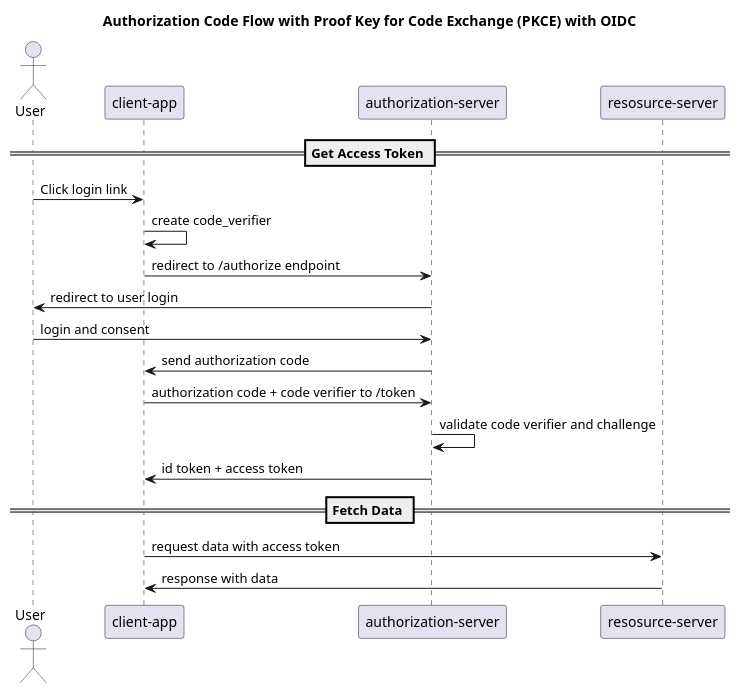
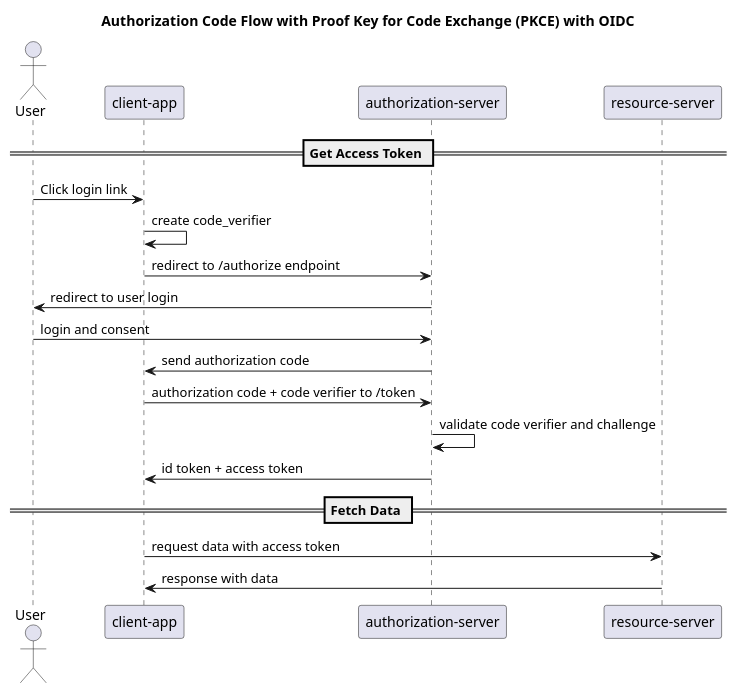
Before and after one commit to maddingo/oauth2-playground: the diagram in doc/pkce.puml, drawn with PlantUML.

```diff
--- a/doc/pkce.puml
+++ b/doc/pkce.puml
@@ -1,27 +1,27 @@
 @startuml
 'https://plantuml.com/sequence-diagram
 'https://auth0.com/docs/get-started/authentication-and-authorization-flow/authorization-code-flow-with-proof-key-for-code-exchange-pkce
 
 title Authorization Code Flow with Proof Key for Code Exchange (PKCE) with OIDC
 
 actor "User" as user
 participant "client-app" as client
 participant "authorization-server" as idp
-participant "resosurce-server" as res_srv
+participant "resource-server" as res_srv
 
 == Get Access Token ==
 user -> client: Click login link
 client -> client: create code_verifier
 client -> idp: redirect to /authorize endpoint
 idp -> user: redirect to user login
 user -> idp: login and consent
 idp -> client: send authorization code
 client -> idp: authorization code + code verifier to /token
 idp -> idp: validate code verifier and challenge
 idp -> client: id token + access token
 
 == Fetch Data ==
 client -> res_srv: request data with access token
 res_srv -> client: response with data
 
 @enduml
```
